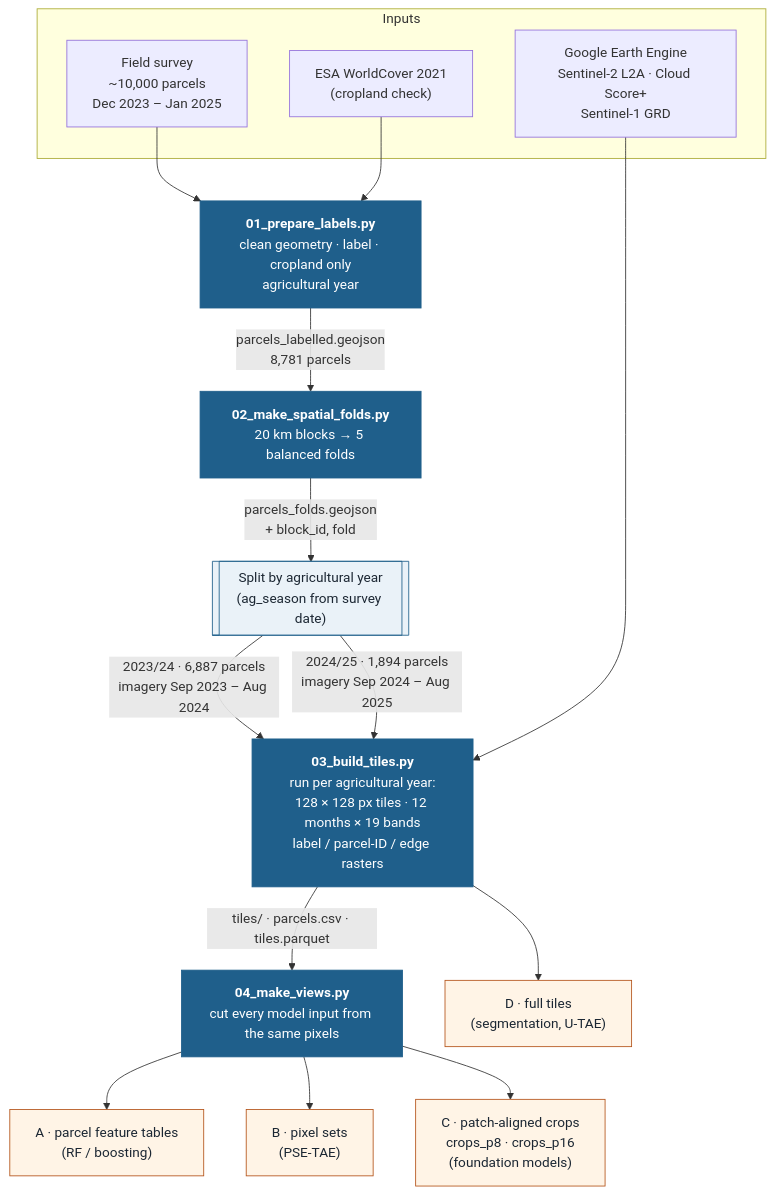
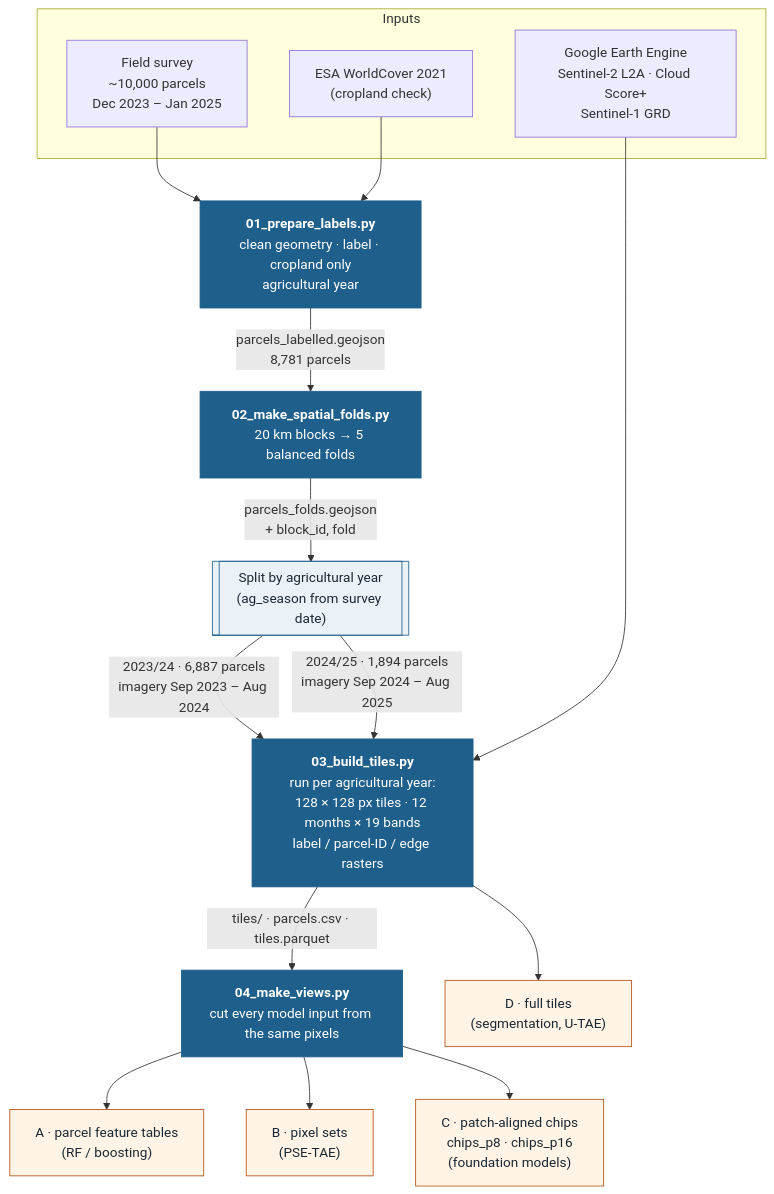
Before and after one commit to amanchry/irrimapping-geofm: the first of 10 diagrams in ml_dataset_prep/README.md, drawn with Mermaid. The commit also changed other lines of this file and 14 other files, not shown here.

````diff
--- a/ml_dataset_prep/README.md
+++ b/ml_dataset_prep/README.md
@@ -27,29 +27,29 @@
 ```mermaid
 flowchart TD
     subgraph IN["Inputs"]
         FS["Field survey<br/>~10,000 parcels<br/>Dec 2023 – Jan 2025"]
         WC["ESA WorldCover 2021<br/>(cropland check)"]
         GEE["Google Earth Engine<br/>Sentinel-2 L2A · Cloud Score+<br/>Sentinel-1 GRD"]
     end
 
     FS --> S01["<b>01_prepare_labels.py</b><br/>clean geometry · label · cropland only<br/>agricultural year"]
     WC --> S01
     S01 -->|"parcels_labelled.geojson<br/>8,781 parcels"| S02["<b>02_make_spatial_folds.py</b><br/>20 km blocks → 5 balanced folds"]
     S02 -->|"parcels_folds.geojson<br/>+ block_id, fold"| SPLIT[["Split by agricultural year<br/>(ag_season from survey date)"]]
     SPLIT -->|"2023/24 · 6,887 parcels<br/>imagery Sep 2023 – Aug 2024"| S03["<b>03_build_tiles.py</b><br/>run per agricultural year:<br/>128 × 128 px tiles · 12 months × 19 bands<br/>label / parcel-ID / edge rasters"]
     SPLIT -->|"2024/25 · 1,894 parcels<br/>imagery Sep 2024 – Aug 2025"| S03
     GEE --> S03
     S03 -->|"tiles/ · parcels.csv · tiles.parquet"| S04["<b>04_make_views.py</b><br/>cut every model input from the same pixels"]
 
     S04 --> VA["A · parcel feature tables<br/>(RF / boosting)"]
     S04 --> VB["B · pixel sets<br/>(PSE-TAE)"]
-    S04 --> VC["C · patch-aligned crops<br/>crops_p8 · crops_p16<br/>(foundation models)"]
+    S04 --> VC["C · patch-aligned chips<br/>chips_p8 · chips_p16<br/>(foundation models)"]
     S03 --> VD["D · full tiles<br/>(segmentation, U-TAE)"]
 
     classDef script fill:#1F5F8B,color:#fff,stroke:#1F5F8B
     classDef view fill:#FFF4E6,stroke:#B4541A,color:#1C2733
     classDef season fill:#EAF2F8,stroke:#1F5F8B,color:#1C2733
     class S01,S02,S03,S04 script
     class VA,VB,VC,VD view
     class SPLIT season
 ```
````
